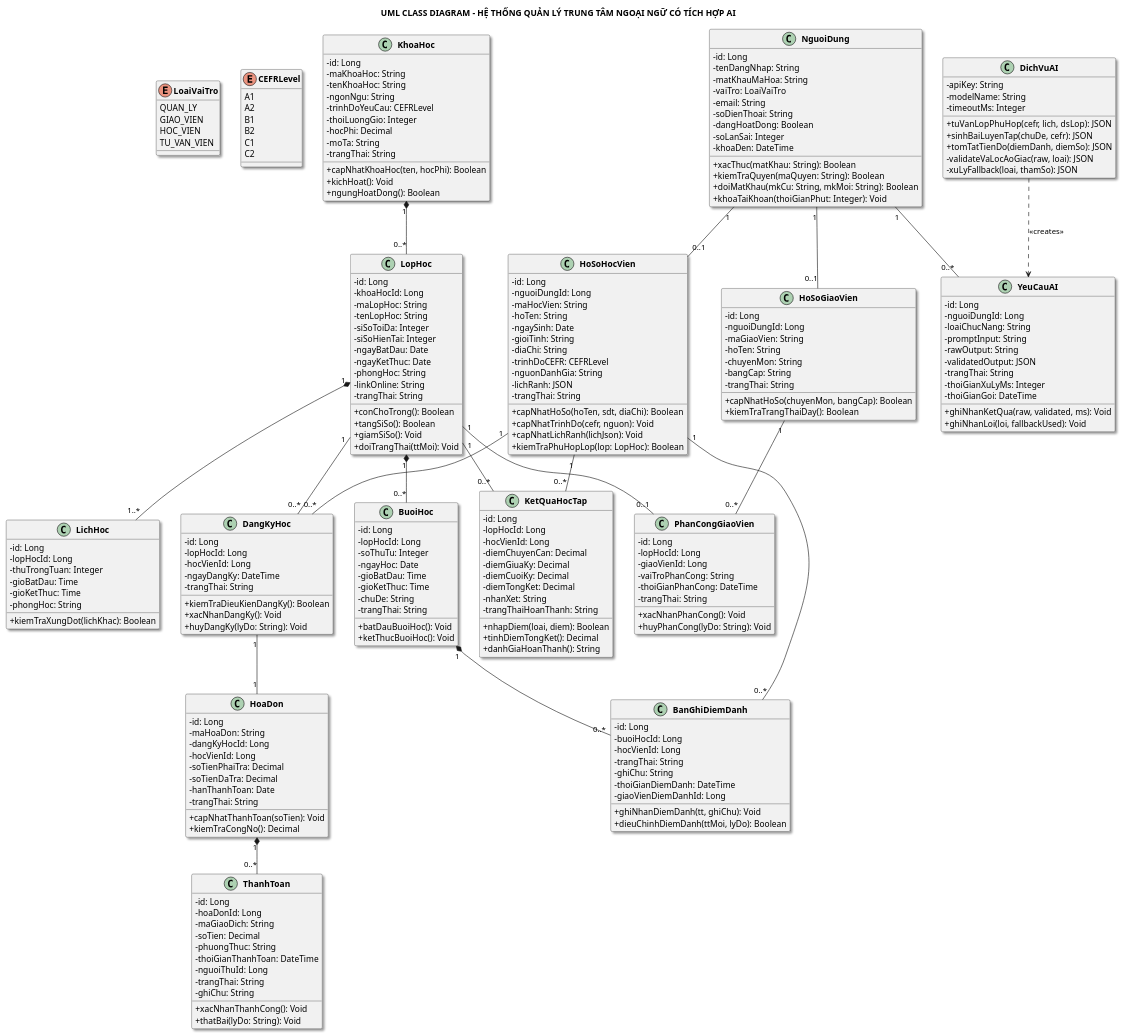
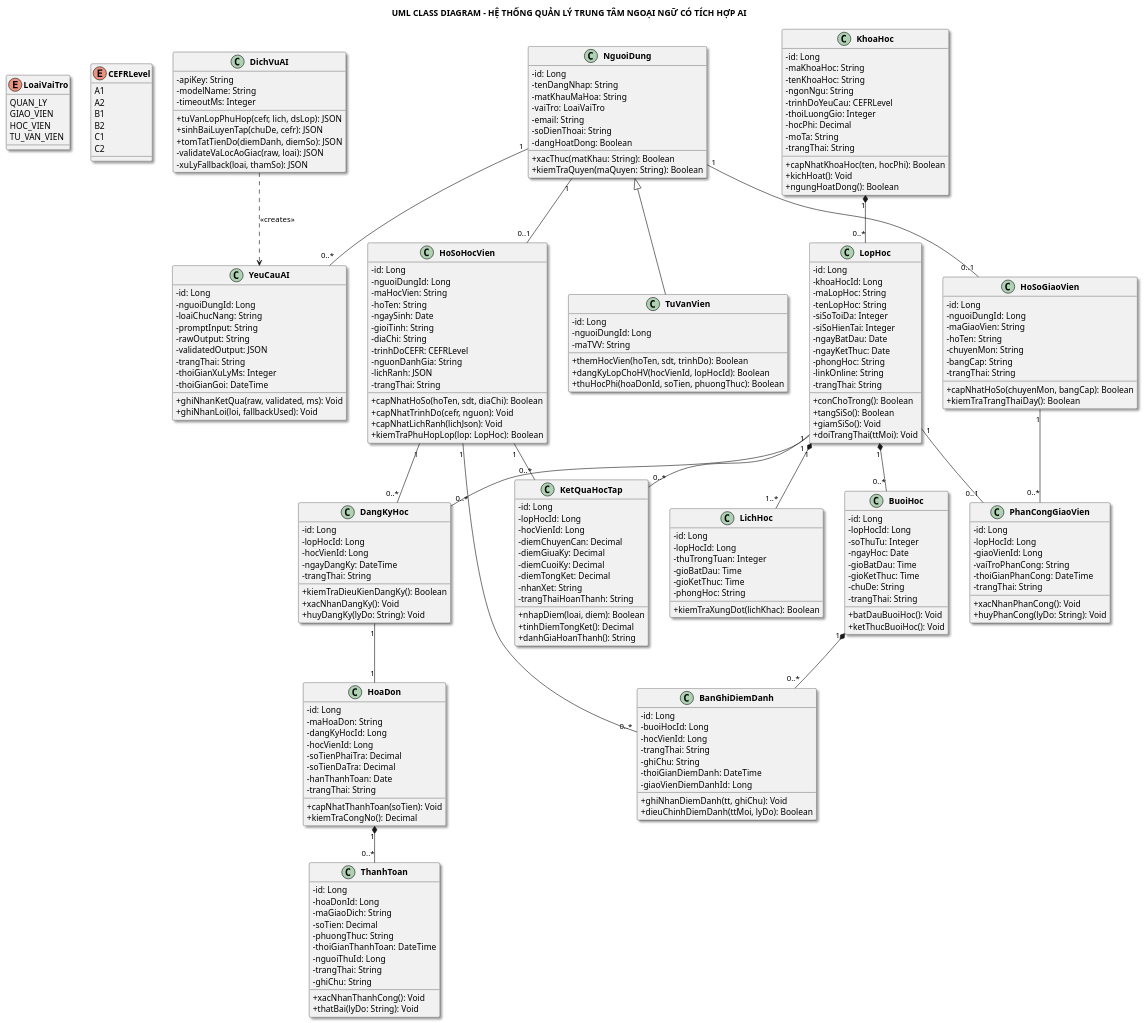
The diagram in docs/images/SoDo/Class_Diagram.puml (phongls206/LMS-AI), drawn with PlantUML before and after one commit. The commit also changed 24 other files, not shown here.

```diff
--- a/docs/images/SoDo/Class_Diagram.puml
+++ b/docs/images/SoDo/Class_Diagram.puml
@@ -31,12 +31,8 @@
   - email: String
   - soDienThoai: String
   - dangHoatDong: Boolean
-  - soLanSai: Integer
-  - khoaDen: DateTime
   + xacThuc(matKhau: String): Boolean
   + kiemTraQuyen(maQuyen: String): Boolean
-  + doiMatKhau(mkCu: String, mkMoi: String): Boolean
-  + khoaTaiKhoan(thoiGianPhut: Integer): Void
 }
 
 class HoSoHocVien {
@@ -67,6 +63,15 @@
   - trangThai: String
   + capNhatHoSo(chuyenMon, bangCap): Boolean
   + kiemTraTrangThaiDay(): Boolean
+}
+
+class TuVanVien {
+  - id: Long
+  - nguoiDungId: Long
+  - maTVV: String
+  + themHocVien(hoTen, sdt, trinhDo): Boolean
+  + dangKyLopChoHV(hocVienId, lopHocId): Boolean
+  + thuHocPhi(hoaDonId, soTien, phuongThuc): Boolean
 }
 
 class KhoaHoc {
@@ -228,6 +233,7 @@
 
 NguoiDung "1" -- "0..1" HoSoHocVien
 NguoiDung "1" -- "0..1" HoSoGiaoVien
+NguoiDung <|-- TuVanVien
 NguoiDung "1" -- "0..*" YeuCauAI
 DichVuAI ..> YeuCauAI : <<creates>>
 
```
